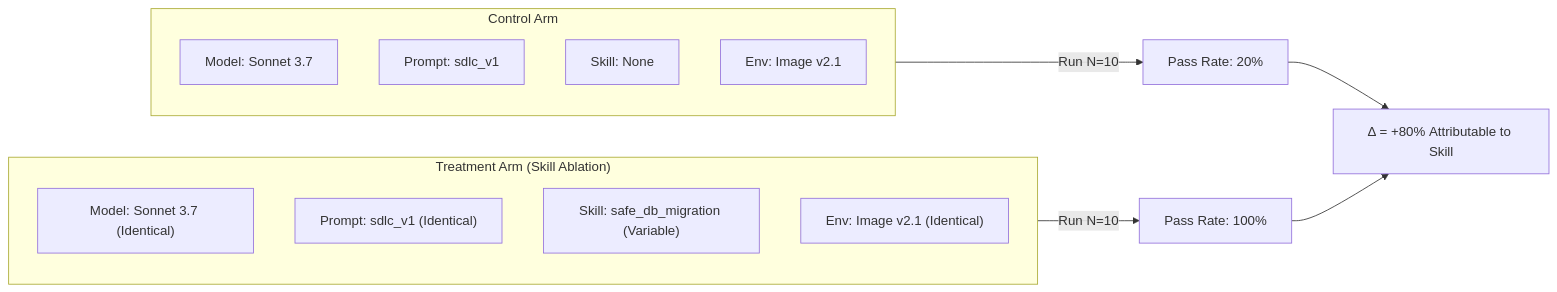
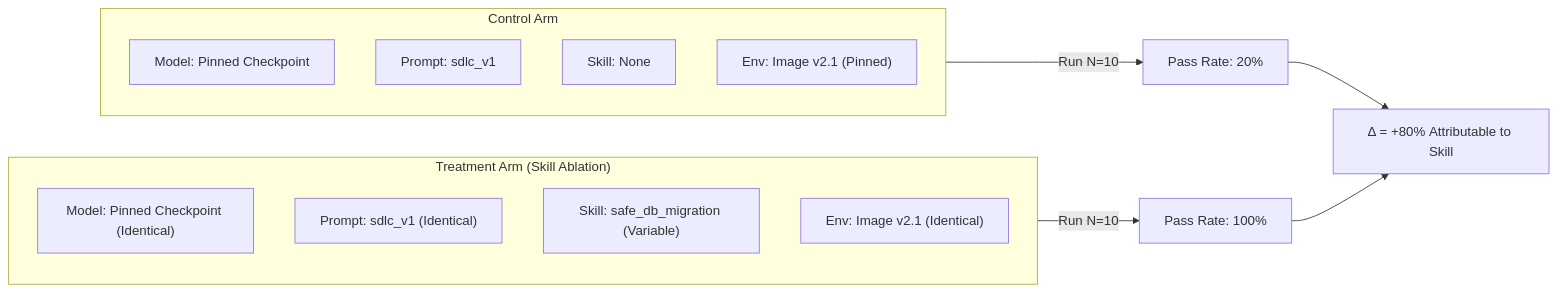
The second of 2 diagrams in docs/en/evaluation/experimental-validity-and-ablations.md (marcosdh1987/harness-engineering-guide), drawn with Mermaid before and after one commit. The commit also changed other lines of this file and 120 other files, not shown here.

````diff
--- a/docs/en/evaluation/experimental-validity-and-ablations.md
+++ b/docs/en/evaluation/experimental-validity-and-ablations.md
@@ -36,20 +62,20 @@
 ```mermaid
 flowchart LR
     subgraph Control["Control Arm"]
-        C_M["Model: Sonnet 3.7"]
+        C_M["Model: Pinned Checkpoint"]
         C_H["Prompt: sdlc_v1"]
         C_S["Skill: None"]
-        C_E["Env: Image v2.1"]
+        C_E["Env: Image v2.1 (Pinned)"]
     end
 
     subgraph Treatment["Treatment Arm (Skill Ablation)"]
-        T_M["Model: Sonnet 3.7 (Identical)"]
+        T_M["Model: Pinned Checkpoint (Identical)"]
         T_H["Prompt: sdlc_v1 (Identical)"]
         T_S["Skill: safe_db_migration (Variable)"]
         T_E["Env: Image v2.1 (Identical)"]
     end
 
     Control -->|"Run N=10"| RES_C["Pass Rate: 20%"]
     Treatment -->|"Run N=10"| RES_T["Pass Rate: 100%"]
     RES_C & RES_T --> DIFF["Δ = +80% Attributable to Skill"]
 ```
````
